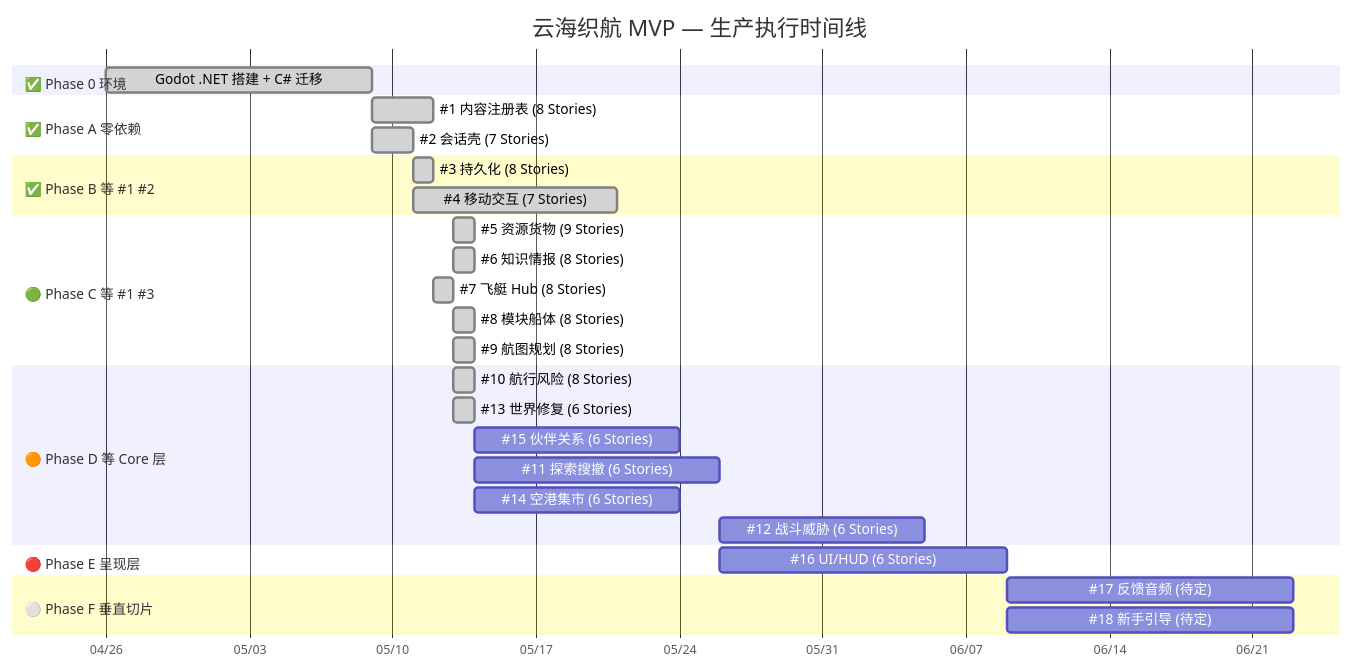
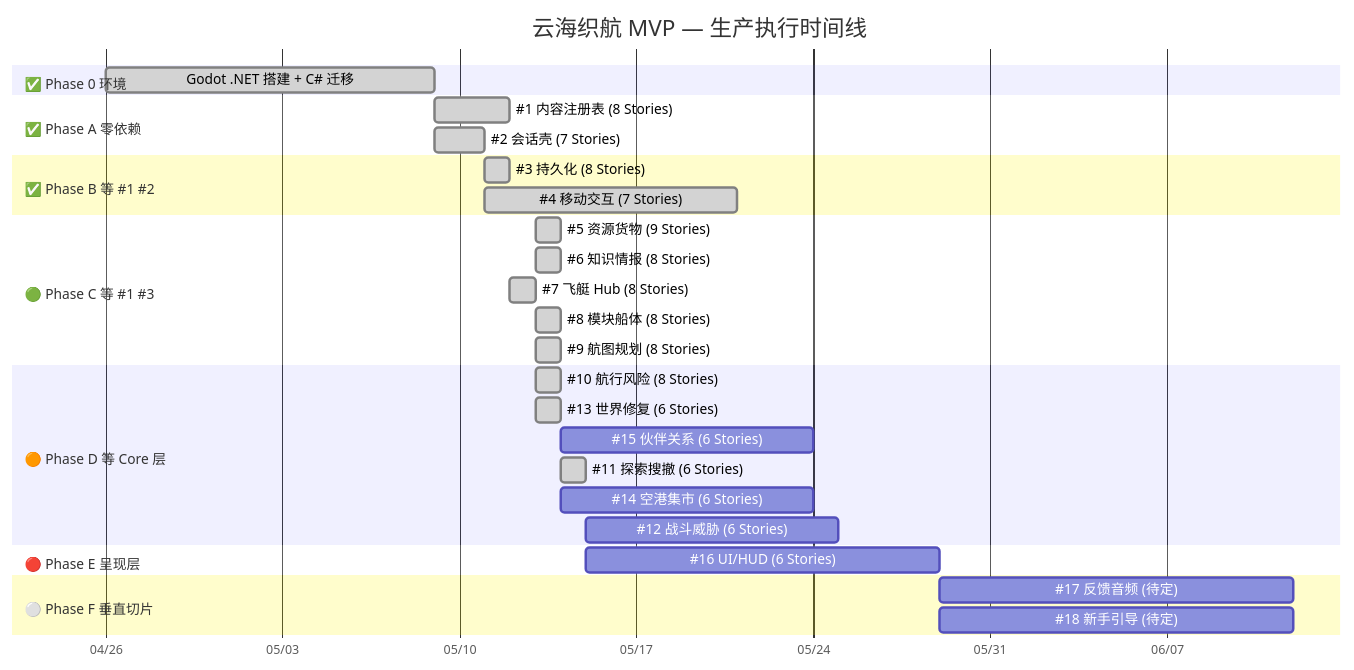
The first of 3 diagrams in docs/reference/production-flowchart.md (lieinsay/Claude-Code-Game-Studios), drawn with Mermaid before and after one commit. The commit also changed other lines of this file and 11 other files, not shown here.

````diff
--- a/docs/reference/production-flowchart.md
+++ b/docs/reference/production-flowchart.md
@@ -13,39 +13,39 @@
 ```mermaid
 gantt
     title 云海织航 MVP — 生产执行时间线
     dateFormat YYYY-MM-DD
     axisFormat %m/%d
 
     section ✅ Phase 0 环境
     Godot .NET 搭建 + C# 迁移   :done,    p0, 2026-04-26, 2026-05-09
 
     section ✅ Phase A 零依赖
     #1 内容注册表 (8 Stories)    :done,    p1a, 2026-05-09, 2026-05-12
     #2 会话壳     (7 Stories)    :done,    p1b, 2026-05-09, 2026-05-11
 
     section ✅ Phase B 等 #1 #2
     #3 持久化     (8 Stories)    :done,    p2a, 2026-05-11, 2026-05-12
     #4 移动交互   (7 Stories)    :done,    p2b, after p1b, 10d
 
     section 🟢 Phase C 等 #1 #3
     #5 资源货物   (9 Stories)    :done,    p3a, 2026-05-13, 1d
     #6 知识情报   (8 Stories)    :done,    p3b, 2026-05-13, 1d
     #7 飞艇 Hub   (8 Stories)    :done,    p3c, 2026-05-12, 1d
     #8 模块船体   (8 Stories)    :done,    p3d, 2026-05-13, 1d
     #9 航图规划   (8 Stories)    :done,    p3e, 2026-05-13, 1d
 
     section 🟠 Phase D 等 Core 层
     #10 航行风险  (8 Stories)    :done,    p4a, 2026-05-13, 1d
     #13 世界修复  (6 Stories)    :done,    p4b, 2026-05-13, 1d
     #15 伙伴关系  (6 Stories)    :         p4c, after p3e, 10d
-    #11 探索搜撤  (6 Stories)    :         p4d, after p4a, 12d
+    #11 探索搜撤  (6 Stories)    :done,    p4d, 2026-05-14, 1d
     #14 空港集市  (6 Stories)    :         p4e, after p4b, 10d
     #12 战斗威胁  (6 Stories)    :         p4f, after p4d, 10d
 
     section 🔴 Phase E 呈现层
     #16 UI/HUD    (6 Stories)    :         p5a, after p4d, 14d
 
     section ⚪ Phase F 垂直切片
     #17 反馈音频  (待定)         :         p6a, after p5a, 14d
     #18 新手引导  (待定)         :         p6b, after p5a, 14d
 ```
````
